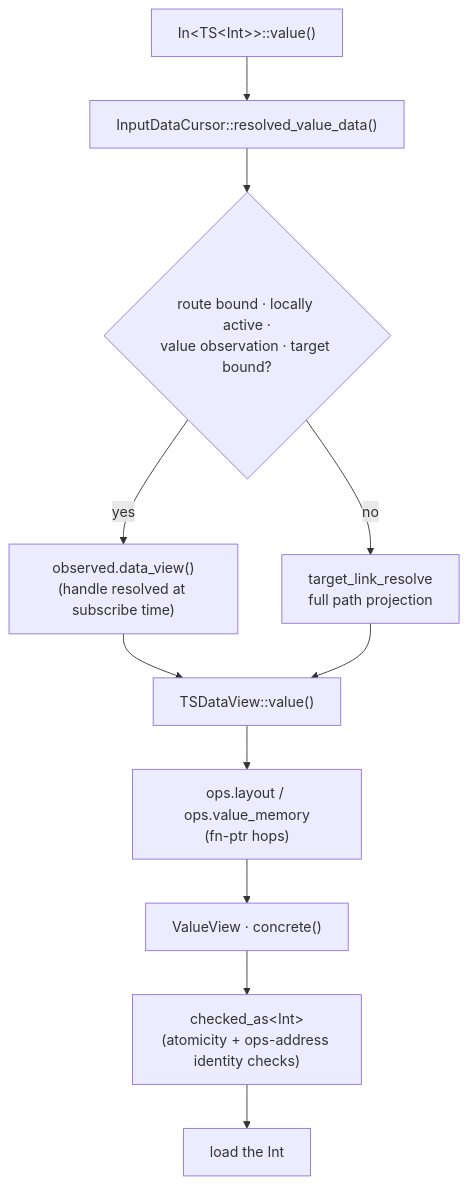
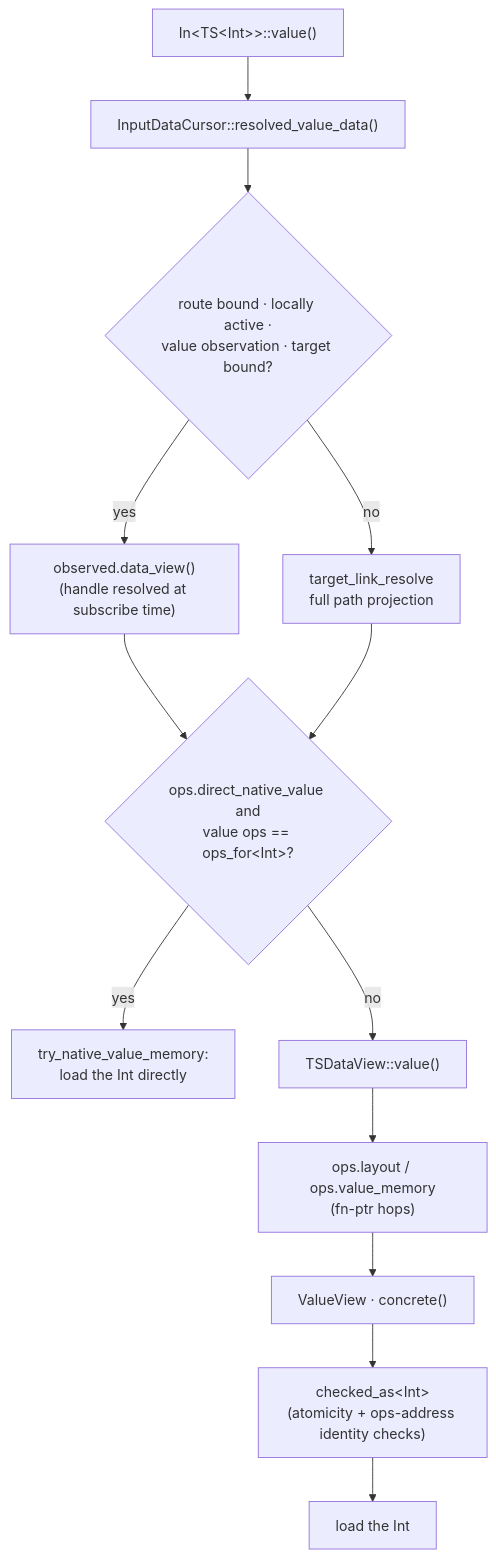
Before and after one commit to hhenson/hgraph: the fifth of 5 diagrams in docs/source/developer_guide/data_structures/plans_and_ops/ops_catalogue.rst, drawn with Mermaid. The commit also changed other lines of this file and 8 other files, not shown here.

```diff
--- a/docs/source/developer_guide/data_structures/plans_and_ops/ops_catalogue.rst
+++ b/docs/source/developer_guide/data_structures/plans_and_ops/ops_catalogue.rst
@@ -508,13 +515,15 @@
 .. mermaid::
 
    flowchart TD
       VAL["In&lt;TS&lt;Int&gt;&gt;::value()"] --> CUR["InputDataCursor::resolved_value_data()"]
       CUR --> TRUST{"route bound · locally active ·<br/>value observation · target bound?"}
       TRUST -- yes --> DV["observed.data_view()<br/>(handle resolved at subscribe time)"]
       TRUST -- no --> SLOW["target_link_resolve<br/>full path projection"]
-      DV --> TSV["TSDataView::value()"]
-      SLOW --> TSV
+      DV --> GATE{"ops.direct_native_value and<br/>value ops == ops_for&lt;Int&gt;?"}
+      SLOW --> GATE
+      GATE -- yes --> FASTR["try_native_value_memory:<br/>load the Int directly"]
+      GATE -- no --> TSV["TSDataView::value()"]
       TSV --> OPS["ops.layout / ops.value_memory<br/>(fn-ptr hops)"]
       OPS --> VV["ValueView · concrete()"]
       VV --> CA["checked_as&lt;Int&gt;<br/>(atomicity + ops-address identity checks)"]
       CA --> LOAD["load the Int"]
```
